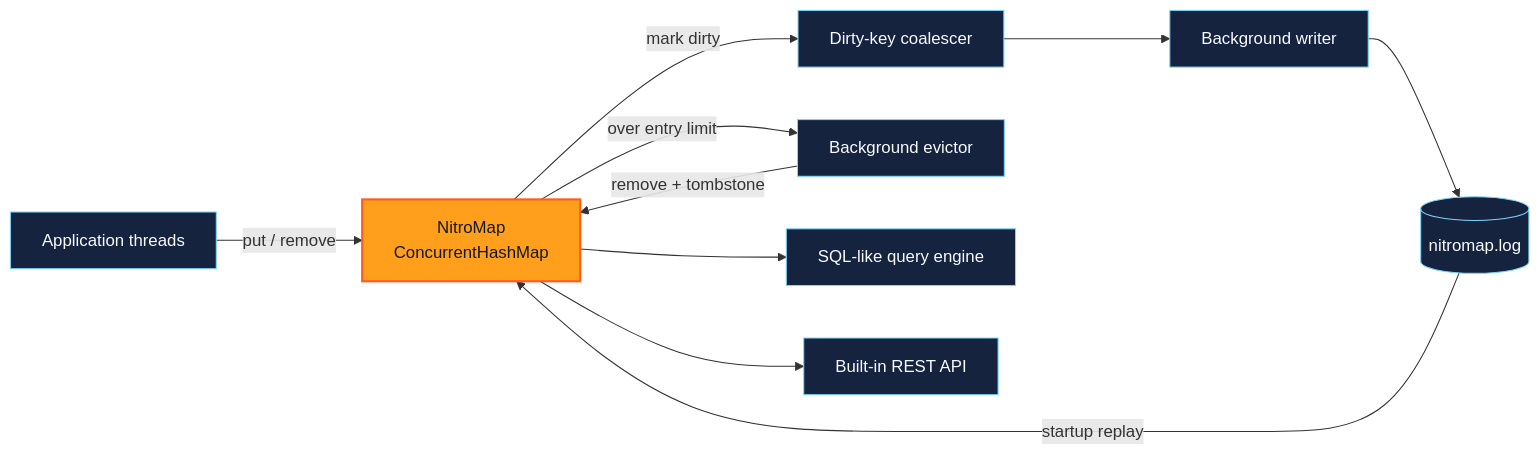
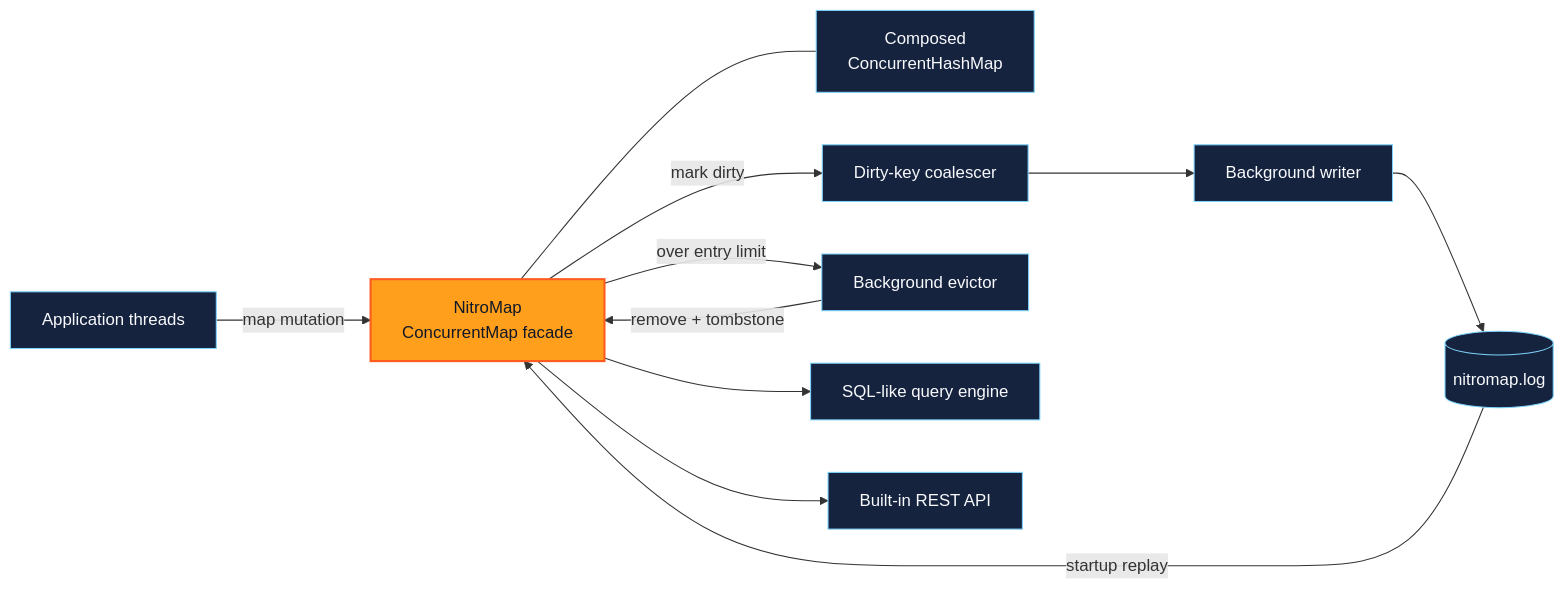
Before and after one commit to KirstenAli/nitromap: the first of 2 diagrams in README.md, drawn with Mermaid. The commit also changed other lines of this file and 7 other files, not shown here.

Commit message:
refactor!: compose NitroMap core and prepare 0.3.0

````diff
--- a/README.md
+++ b/README.md
@@ -154,17 +164,18 @@
 ```mermaid
 flowchart LR
-    A["Application threads"] -->|"put / remove"| B["NitroMap<br/>ConcurrentHashMap"]
+    A["Application threads"] -->|"map mutation"| B["NitroMap<br/>ConcurrentMap facade"]
+    B --- M["Composed<br/>ConcurrentHashMap"]
     B -->|"mark dirty"| C["Dirty-key coalescer"]
     C --> D["Background writer"]
     D --> E[("nitromap.log")]
     E -->|"startup replay"| B
     B -->|"over entry limit"| V["Background evictor"]
     V -->|"remove + tombstone"| B
     B --> Q["SQL-like query engine"]
     B --> H["Built-in REST API"]
 
     classDef hot fill:#ff9f1c,color:#111827,stroke:#ff5a1f,stroke-width:2px;
     classDef service fill:#16233f,color:#f8fafc,stroke:#7dd3fc,stroke-width:1px;
     class B hot;
-    class A,C,D,E,V,Q,H service;
+    class A,C,D,E,M,V,Q,H service;
 ```
````
